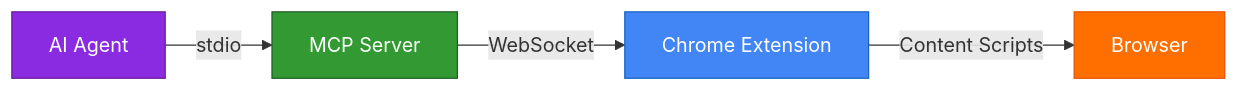
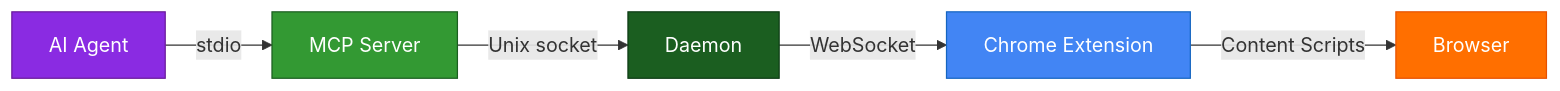
One commit to h8ngryDev4Hire/Supersurf changed the diagram in README.md. Above: the diagram before and after it, drawn with Mermaid. The commit also changed other lines of this file and 128 other files, not shown here.

````diff
--- a/README.md
+++ b/README.md
@@ -17,11 +17,13 @@
 ```mermaid
 graph LR
     A["AI Agent"] -->|stdio| B["MCP Server"]
-    B -->|WebSocket| C["Chrome Extension"]
+    B -->|Unix socket| E["Daemon"]
+    E -->|WebSocket| C["Chrome Extension"]
     C -->|Content Scripts| D["Browser"]
 
     style A fill:#8A2BE2,stroke:#6A1B9A,color:#fff
     style B fill:#339933,stroke:#1B5E20,color:#fff
+    style E fill:#1B5E20,stroke:#0D3B14,color:#fff
     style C fill:#4285F4,stroke:#1565C0,color:#fff
     style D fill:#FF6F00,stroke:#E65100,color:#fff
 ```
````
